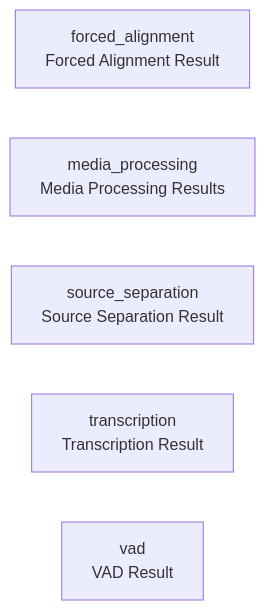
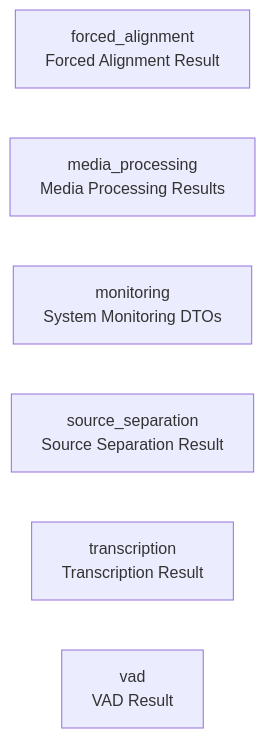
The diagram in README.md (cj-mills/cjm-capability-primitives), drawn with Mermaid before and after one commit. The commit also changed other lines of this file and 2 other files, not shown here.

````diff
--- a/README.md
+++ b/README.md
@@ -25,8 +26,9 @@
 ``` mermaid
 graph LR
     forced_alignment["forced_alignment<br/>Forced Alignment Result"]
     media_processing["media_processing<br/>Media Processing Results"]
+    monitoring["monitoring<br/>System Monitoring DTOs"]
     source_separation["source_separation<br/>Source Separation Result"]
     transcription["transcription<br/>Transcription Result"]
     vad["vad<br/>VAD Result"]
 ```
````
